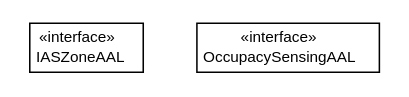
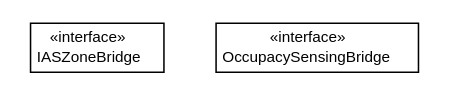
The diagram in lddi.pom/apidocs/org/universAAL/lddi/zigbee/commissioning/clusters/api/org.universAAL.lddi.zigbee.commissioning.clusters.api.dot (universAAL/lddi), drawn with Graphviz before and after one commit. The commit also changed 2200 other files, not shown here.

```diff
--- a/lddi.pom/apidocs/org/universAAL/lddi/zigbee/commissioning/clusters/api/org.universAAL.lddi.zigbee.commissioning.clusters.api.dot
+++ b/lddi.pom/apidocs/org/universAAL/lddi/zigbee/commissioning/clusters/api/org.universAAL.lddi.zigbee.commissioning.clusters.api.dot
@@ -1,26 +1,26 @@
 #!/usr/local/bin/dot
 #
 # Class diagram 
 # Generated by UMLGraph version R5_6-24-gf6e263 (http://www.umlgraph.org/)
 #
 
 digraph G {
 	edge [fontname="Helvetica",fontsize=10,labelfontname="Helvetica",labelfontsize=10];
 	node [fontname="Helvetica",fontsize=10,shape=plaintext];
 	nodesep=0.25;
 	ranksep=0.5;
-	// org.universAAL.lddi.zigbee.commissioning.clusters.api.IASZoneAAL
-	c34194 [label=<<table title="org.universAAL.lddi.zigbee.commissioning.clusters.api.IASZoneAAL" border="0" cellborder="1" cellspacing="0" cellpadding="2" port="p" href="./IASZoneAAL.html">
+	// org.universAAL.lddi.zigbee.commissioning.clusters.api.IASZoneBridge
+	c34194 [label=<<table title="org.universAAL.lddi.zigbee.commissioning.clusters.api.IASZoneBridge" border="0" cellborder="1" cellspacing="0" cellpadding="2" port="p" href="./IASZoneBridge.html">
 		<tr><td><table border="0" cellspacing="0" cellpadding="1">
 <tr><td align="center" balign="center"> &#171;interface&#187; </td></tr>
-<tr><td align="center" balign="center"> IASZoneAAL </td></tr>
+<tr><td align="center" balign="center"> IASZoneBridge </td></tr>
 		</table></td></tr>
-		</table>>, URL="./IASZoneAAL.html", fontname="Helvetica", fontcolor="black", fontsize=10.0];
-	// org.universAAL.lddi.zigbee.commissioning.clusters.api.OccupacySensingAAL
-	c34195 [label=<<table title="org.universAAL.lddi.zigbee.commissioning.clusters.api.OccupacySensingAAL" border="0" cellborder="1" cellspacing="0" cellpadding="2" port="p" href="./OccupacySensingAAL.html">
+		</table>>, URL="./IASZoneBridge.html", fontname="Helvetica", fontcolor="black", fontsize=10.0];
+	// org.universAAL.lddi.zigbee.commissioning.clusters.api.OccupacySensingBridge
+	c34195 [label=<<table title="org.universAAL.lddi.zigbee.commissioning.clusters.api.OccupacySensingBridge" border="0" cellborder="1" cellspacing="0" cellpadding="2" port="p" href="./OccupacySensingBridge.html">
 		<tr><td><table border="0" cellspacing="0" cellpadding="1">
 <tr><td align="center" balign="center"> &#171;interface&#187; </td></tr>
-<tr><td align="center" balign="center"> OccupacySensingAAL </td></tr>
+<tr><td align="center" balign="center"> OccupacySensingBridge </td></tr>
 		</table></td></tr>
-		</table>>, URL="./OccupacySensingAAL.html", fontname="Helvetica", fontcolor="black", fontsize=10.0];
+		</table>>, URL="./OccupacySensingBridge.html", fontname="Helvetica", fontcolor="black", fontsize=10.0];
 }
```
